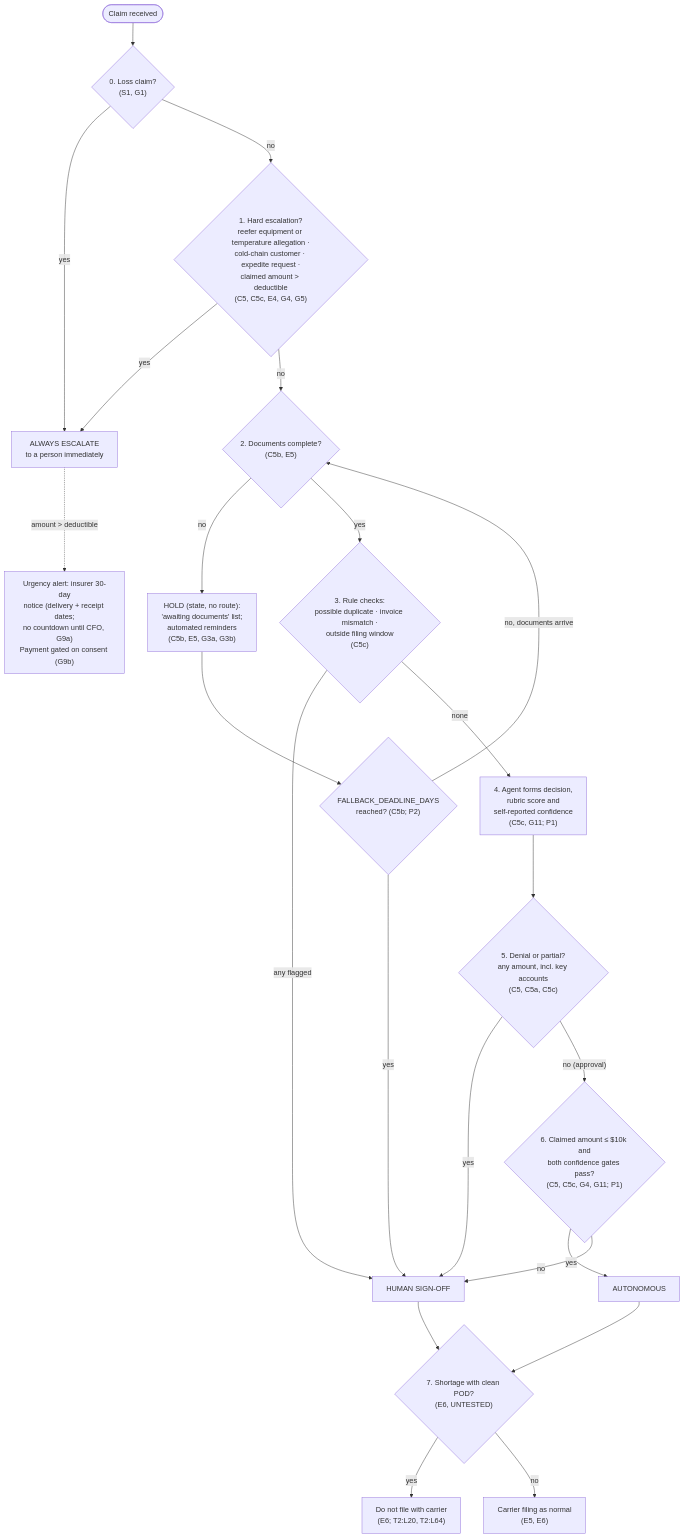
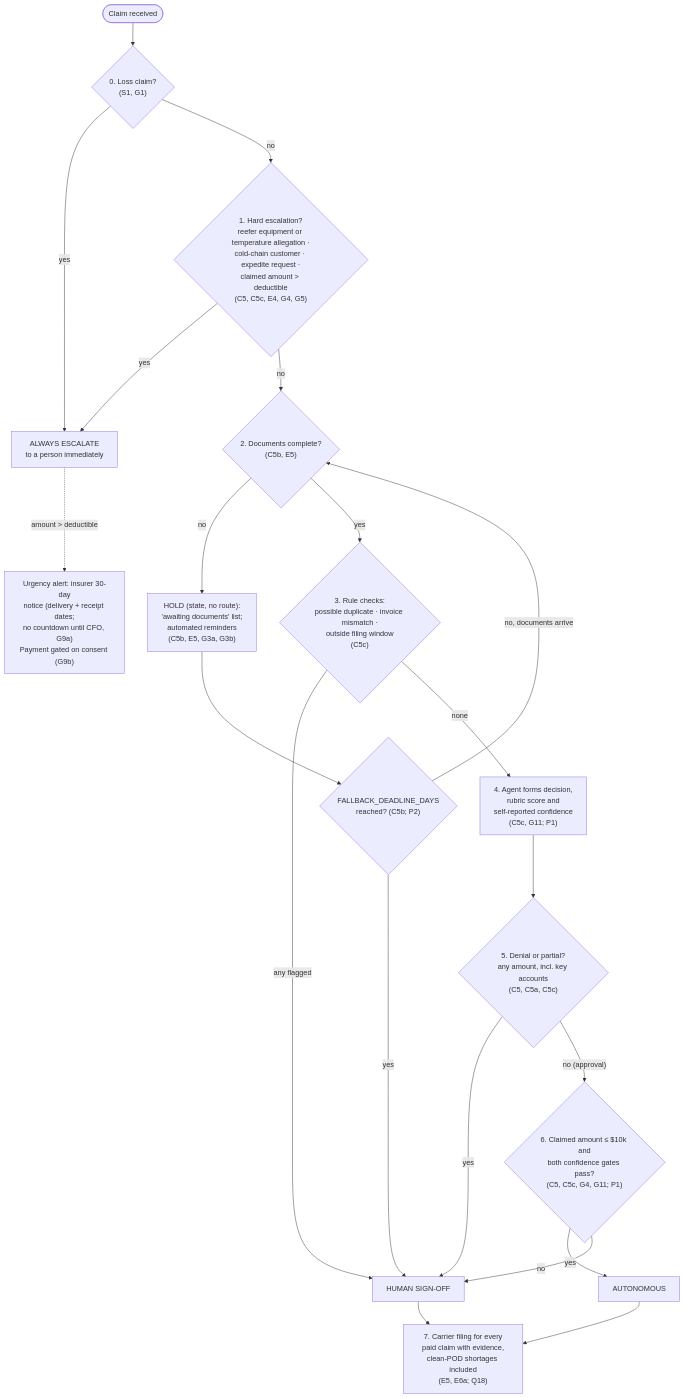
Before and after one commit to ahmadmadar/process-to-agent: the diagram in engagement/02-redesign/decision-tree.md, drawn with Mermaid. The commit also changed other lines of this file and 11 other files, not shown here.

First line of the commit message:
feat: test clean-POD rule (Q18) and reverse E6

````diff
--- a/engagement/02-redesign/decision-tree.md
+++ b/engagement/02-redesign/decision-tree.md
@@ -19,25 +19,23 @@
 ```mermaid
 flowchart TD
     IN(["Claim received"]) --> S0{"0. Loss claim?<br/>(S1, G1)"}
     S0 -- yes --> ESC
     S0 -- no --> S1{"1. Hard escalation?<br/>reefer equipment or temperature allegation ·<br/>cold-chain customer · expedite request ·<br/>claimed amount > deductible<br/>(C5, C5c, E4, G4, G5)"}
     S1 -- yes --> ESC["ALWAYS ESCALATE<br/>to a person immediately"]
     ESC -. "amount > deductible" .-> ALERT["Urgency alert: insurer 30-day<br/>notice (delivery + receipt dates;<br/>no countdown until CFO, G9a)<br/>Payment gated on consent (G9b)"]
     S1 -- no --> S2{"2. Documents complete?<br/>(C5b, E5)"}
     S2 -- no --> HOLD["HOLD (state, no route):<br/>'awaiting documents' list;<br/>automated reminders<br/>(C5b, E5, G3a, G3b)"]
     HOLD --> S2D{"FALLBACK_DEADLINE_DAYS<br/>reached? (C5b; P2)"}
     S2D -- "no, documents arrive" --> S2
     S2D -- yes --> SIGN["HUMAN SIGN-OFF"]
     S2 -- yes --> S3{"3. Rule checks:<br/>possible duplicate · invoice mismatch ·<br/>outside filing window<br/>(C5c)"}
     S3 -- any flagged --> SIGN
     S3 -- none --> S4["4. Agent forms decision,<br/>rubric score and<br/>self-reported confidence<br/>(C5c, G11; P1)"]
     S4 --> S5{"5. Denial or partial?<br/>any amount, incl. key accounts<br/>(C5, C5a, C5c)"}
     S5 -- yes --> SIGN
     S5 -- "no (approval)" --> S6{"6. Claimed amount ≤ $10k and<br/>both confidence gates pass?<br/>(C5, C5c, G4, G11; P1)"}
     S6 -- yes --> AUTO["AUTONOMOUS"]
     S6 -- no --> SIGN
-    AUTO --> S7{"7. Shortage with clean POD?<br/>(E6, UNTESTED)"}
-    SIGN --> S7
-    S7 -- yes --> NOFILE["Do not file with carrier<br/>(E6; T2:L20, T2:L64)"]
-    S7 -- no --> FILE["Carrier filing as normal<br/>(E5, E6)"]
+    AUTO --> FILE["7. Carrier filing for every<br/>paid claim with evidence,<br/>clean-POD shortages included<br/>(E5, E6a; Q18)"]
+    SIGN --> FILE
 ```
````
